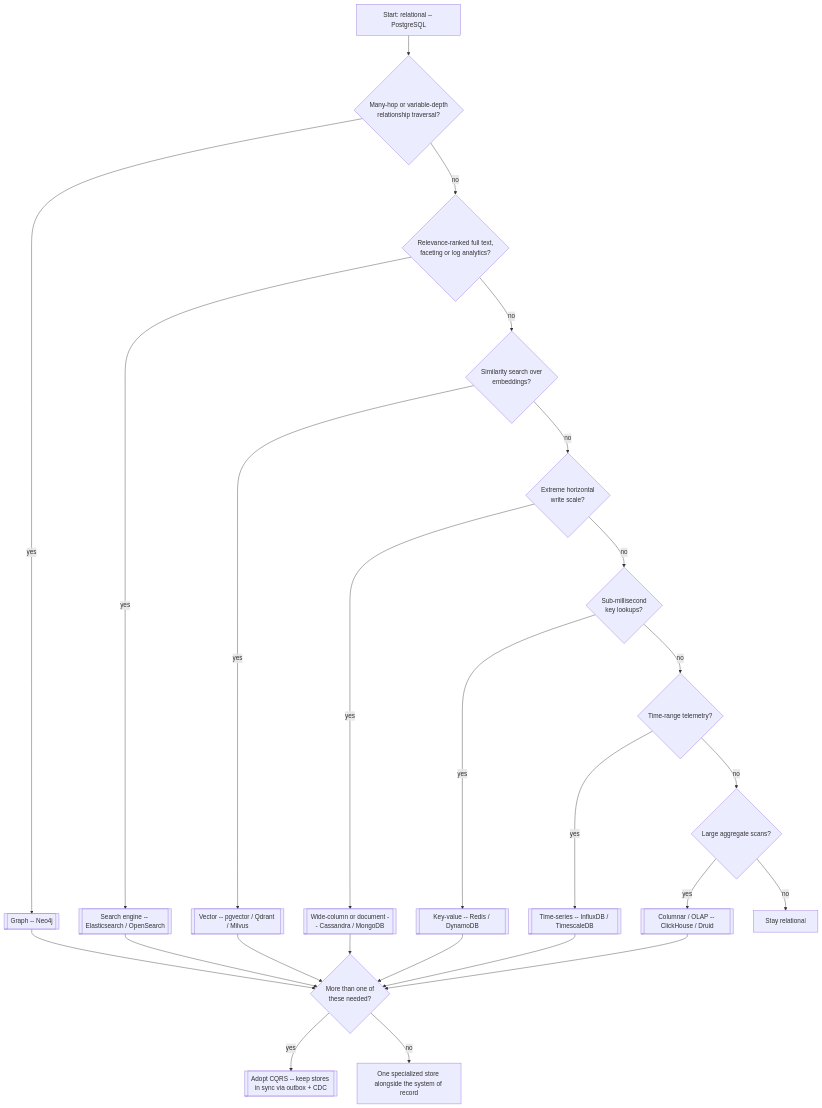
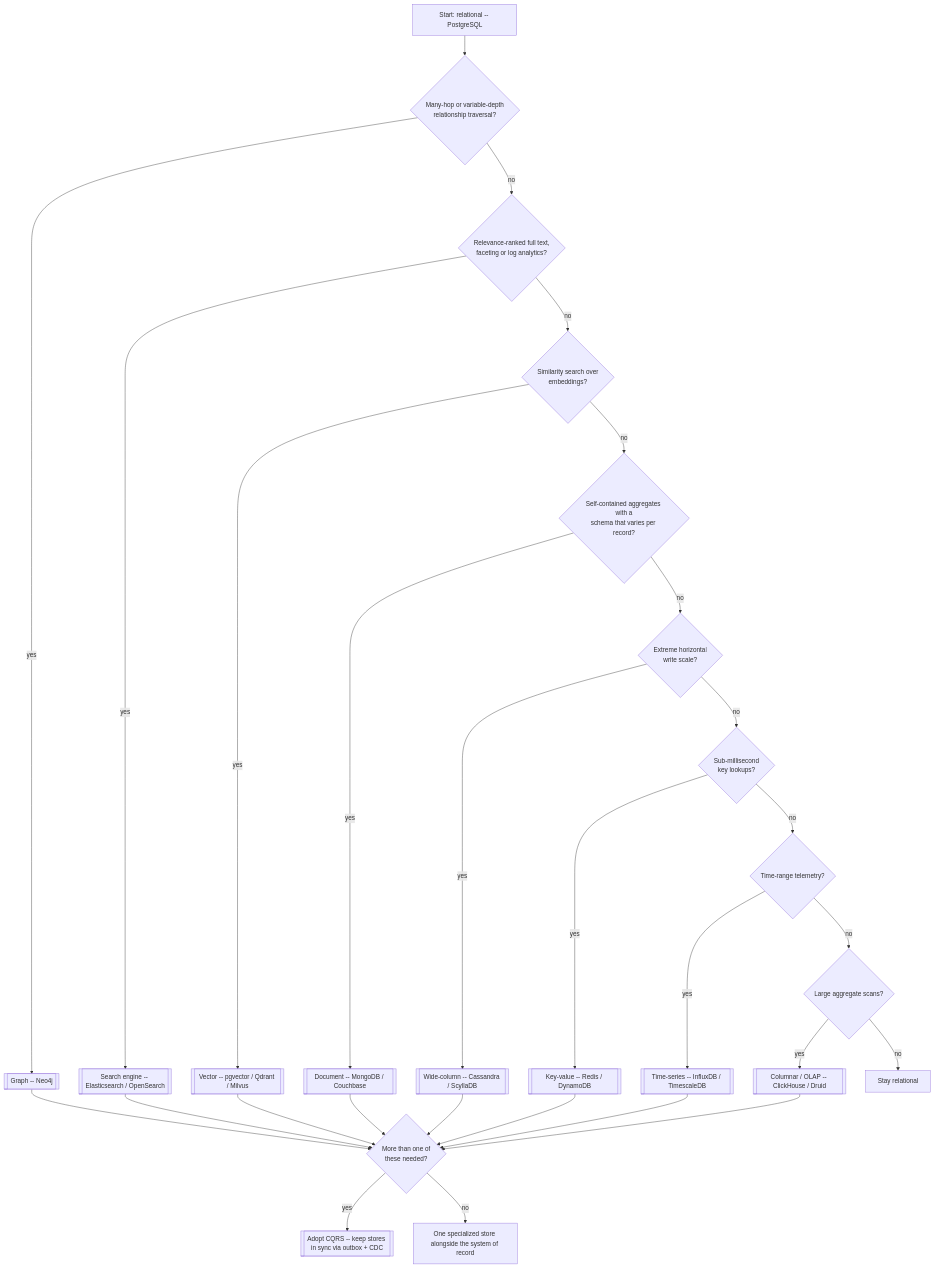
One commit to albertoirurueta/docs changed the third of 3 diagrams in modules/ROOT/pages/database/choosing-the-right-database.adoc. Above: the diagram before and after it, drawn with Mermaid. The commit also changed 1 other file, not shown here.

Commit message:
Fix review findings: SVG example data and decision-flow document branch
- Align the inverted-index figure's term-dictionary/result-box doc IDs
  with the rows actually highlighted for "latency" in the row-scan
  panel (was [3, 7, 12], now [1, 4, 6]; also fixes index/shard entries).
- Add a dedicated "self-contained, schema-flexible aggregates?" branch
  to the decision flowchart so Document (MongoDB/Couchbase) is reached
  on the criteria the page's own Document Databases section states,
  instead of being folded into the unrelated write-scale question.

Addresses review comments on PR #50.

```diff
--- a/modules/ROOT/pages/database/choosing-the-right-database.adoc
+++ b/modules/ROOT/pages/database/choosing-the-right-database.adoc
@@ -508,28 +508,31 @@
 [mermaid]
 ....
 flowchart TD
     Start[Start: relational -- PostgreSQL] --> Graph{Many-hop or variable-depth<br/>relationship traversal?}
     Graph -->|yes| GraphDB[["Graph -- Neo4j"]]
     Graph -->|no| Search{Relevance-ranked full text,<br/>faceting or log analytics?}
     Search -->|yes| SearchDB[["Search engine -- Elasticsearch / OpenSearch"]]
     Search -->|no| Vec{Similarity search over<br/>embeddings?}
     Vec -->|yes| VecDB[["Vector -- pgvector / Qdrant / Milvus"]]
-    Vec -->|no| Scale{Extreme horizontal<br/>write scale?}
-    Scale -->|yes| WideCol[["Wide-column or document -- Cassandra / MongoDB"]]
+    Vec -->|no| Doc{Self-contained aggregates with a<br/>schema that varies per record?}
+    Doc -->|yes| DocDB[["Document -- MongoDB / Couchbase"]]
+    Doc -->|no| Scale{Extreme horizontal<br/>write scale?}
+    Scale -->|yes| WideCol[["Wide-column -- Cassandra / ScyllaDB"]]
     Scale -->|no| KV{Sub-millisecond<br/>key lookups?}
     KV -->|yes| KVDB[["Key-value -- Redis / DynamoDB"]]
     KV -->|no| TS{Time-range telemetry?}
     TS -->|yes| TSDB[["Time-series -- InfluxDB / TimescaleDB"]]
     TS -->|no| OLAP{Large aggregate scans?}
     OLAP -->|yes| OLAPDB[["Columnar / OLAP -- ClickHouse / Druid"]]
     OLAP -->|no| Stay[Stay relational]
     GraphDB --> Multi{More than one of<br/>these needed?}
     SearchDB --> Multi
     VecDB --> Multi
+    DocDB --> Multi
     WideCol --> Multi
     KVDB --> Multi
     TSDB --> Multi
     OLAPDB --> Multi
     Multi -->|yes| CQRS[["Adopt CQRS -- keep stores in sync via outbox + CDC"]]
     Multi -->|no| Done[One specialized store alongside the system of record]
 ....
```
